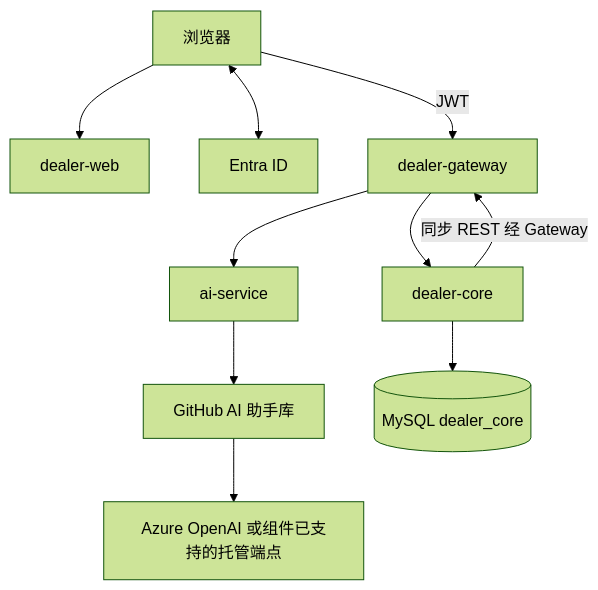
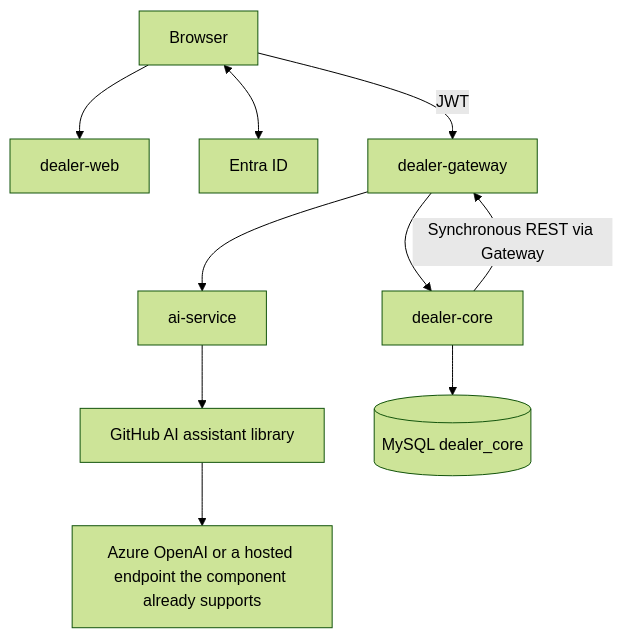
Before and after one commit to YUANDONG-YANG/DealerOps: the diagram in design/07-Azure-Microservices-Architecture.md, drawn with Mermaid (forest theme). The commit also changed other lines of this file and 36 other files, not shown here.

````diff
--- a/design/07-Azure-Microservices-Architecture.md
+++ b/design/07-Azure-Microservices-Architecture.md
@@ -15,12 +15,12 @@
 ```mermaid
 flowchart TB
-  U[浏览器] --> WEB[dealer-web]
+  U[Browser] --> WEB[dealer-web]
   U <--> ID[Entra ID]
   U -->|JWT| GW[dealer-gateway]
   GW --> CORE[dealer-core]
-  CORE -->|同步 REST 经 Gateway| GW
+  CORE -->|Synchronous REST via Gateway| GW
   GW --> AI[ai-service]
-  AI --> LIB[GitHub AI 助手库]
-  LIB --> MODEL[Azure OpenAI 或组件已支持的托管端点]
+  AI --> LIB[GitHub AI assistant library]
+  LIB --> MODEL[Azure OpenAI or a hosted endpoint the component already supports]
   CORE --> DB[(MySQL dealer_core)]
 ```
````
